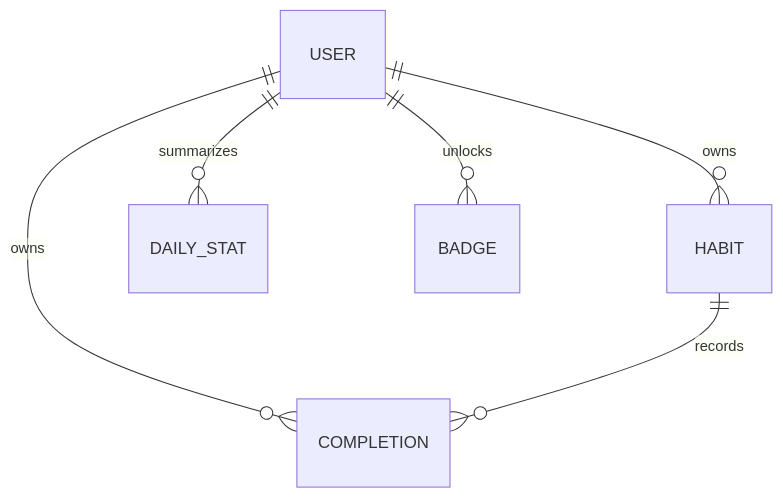
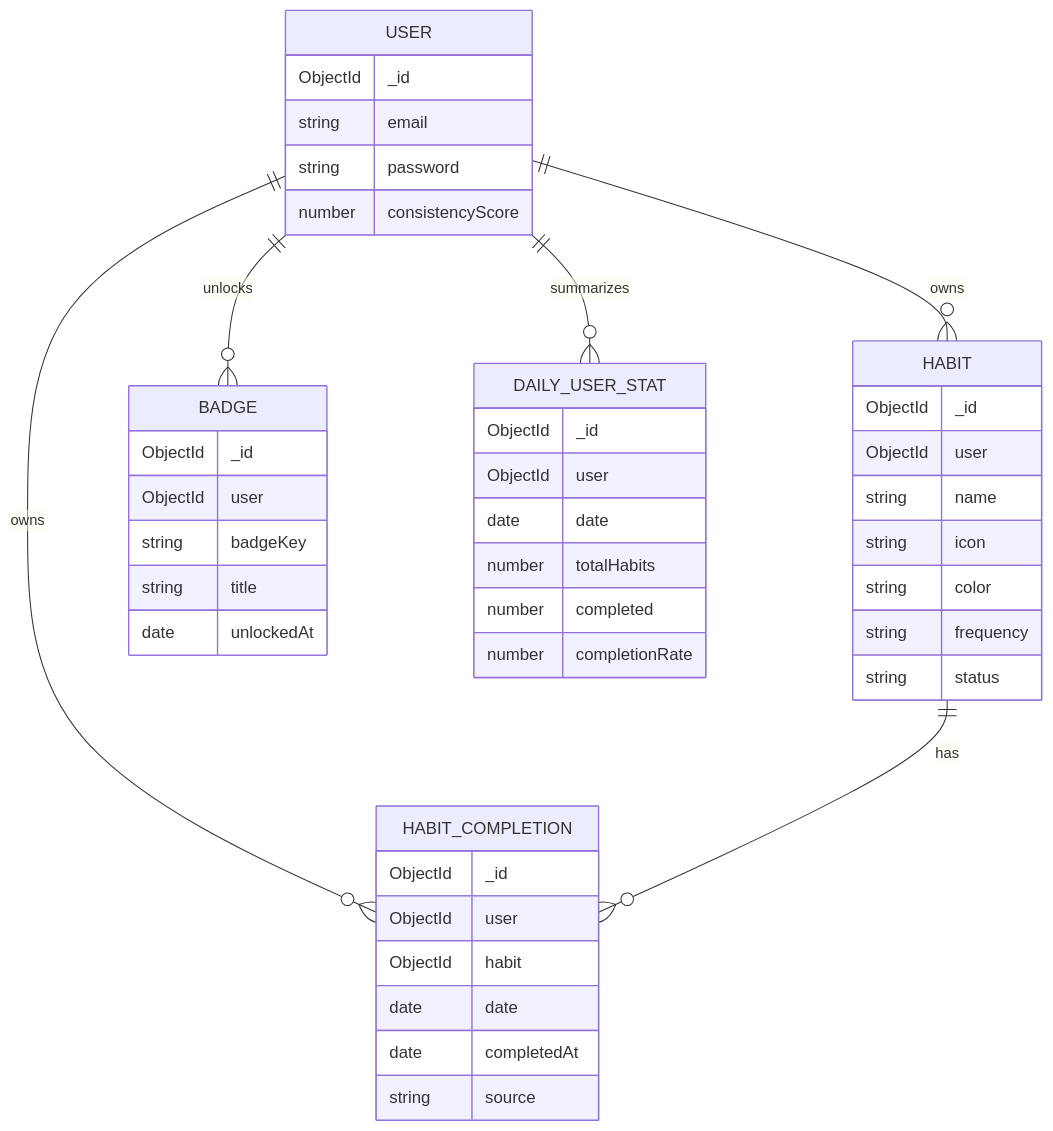
One commit to luckyr942/Consisly changed the fourth of 7 diagrams in README.md. Above: the diagram before and after it, drawn with Mermaid. The commit also changed other lines of this file and 3 other files, not shown here.

````diff
--- a/README.md
+++ b/README.md
@@ -59,8 +69,51 @@
 ```mermaid
 erDiagram
     USER ||--o{ HABIT : owns
-    USER ||--o{ COMPLETION : owns
-    HABIT ||--o{ COMPLETION : records
-    USER ||--o{ DAILY_STAT : summarizes
+    USER ||--o{ HABIT_COMPLETION : owns
+    HABIT ||--o{ HABIT_COMPLETION : has
     USER ||--o{ BADGE : unlocks
+    USER ||--o{ DAILY_USER_STAT : summarizes
+
+    USER {
+      ObjectId _id
+      string email
+      string password
+      number consistencyScore
+    }
+
+    HABIT {
+      ObjectId _id
+      ObjectId user
+      string name
+      string icon
+      string color
+      string frequency
+      string status
+    }
+
+    HABIT_COMPLETION {
+      ObjectId _id
+      ObjectId user
+      ObjectId habit
+      date date
+      date completedAt
+      string source
+    }
+
+    DAILY_USER_STAT {
+      ObjectId _id
+      ObjectId user
+      date date
+      number totalHabits
+      number completed
+      number completionRate
+    }
+
+    BADGE {
+      ObjectId _id
+      ObjectId user
+      string badgeKey
+      string title
+      date unlockedAt
+    }
 ```
````
